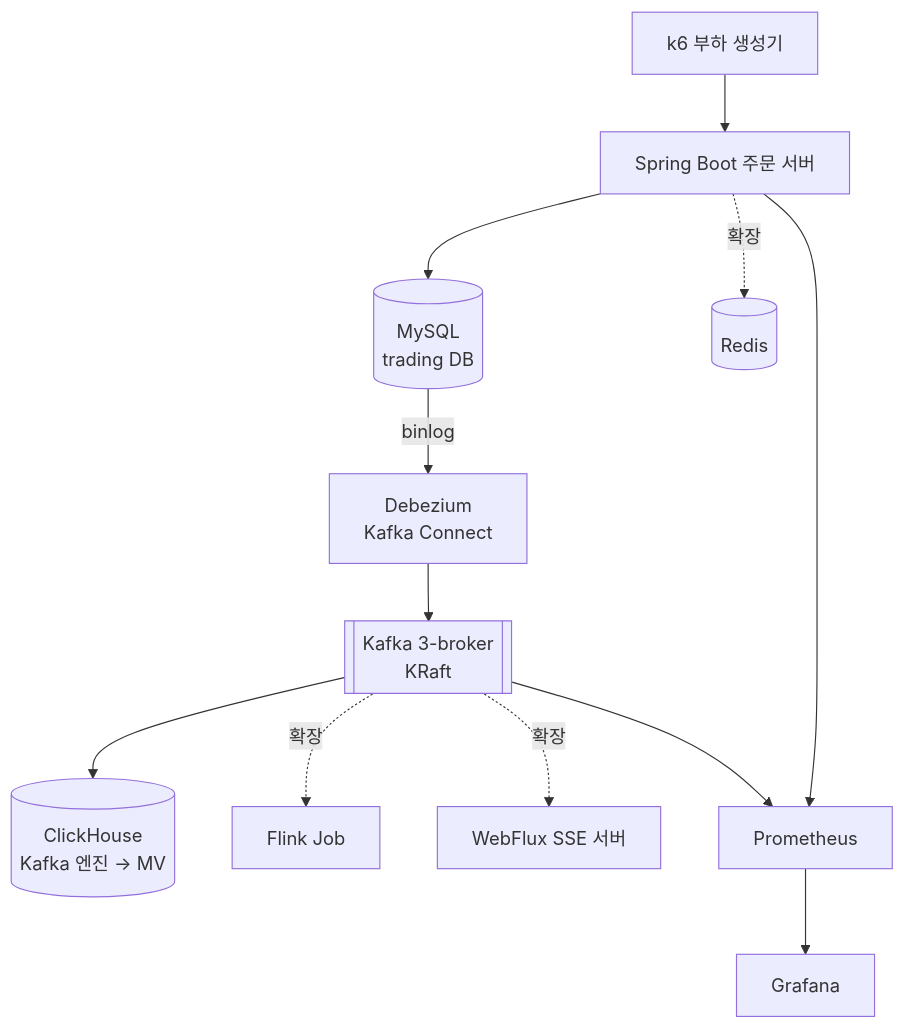
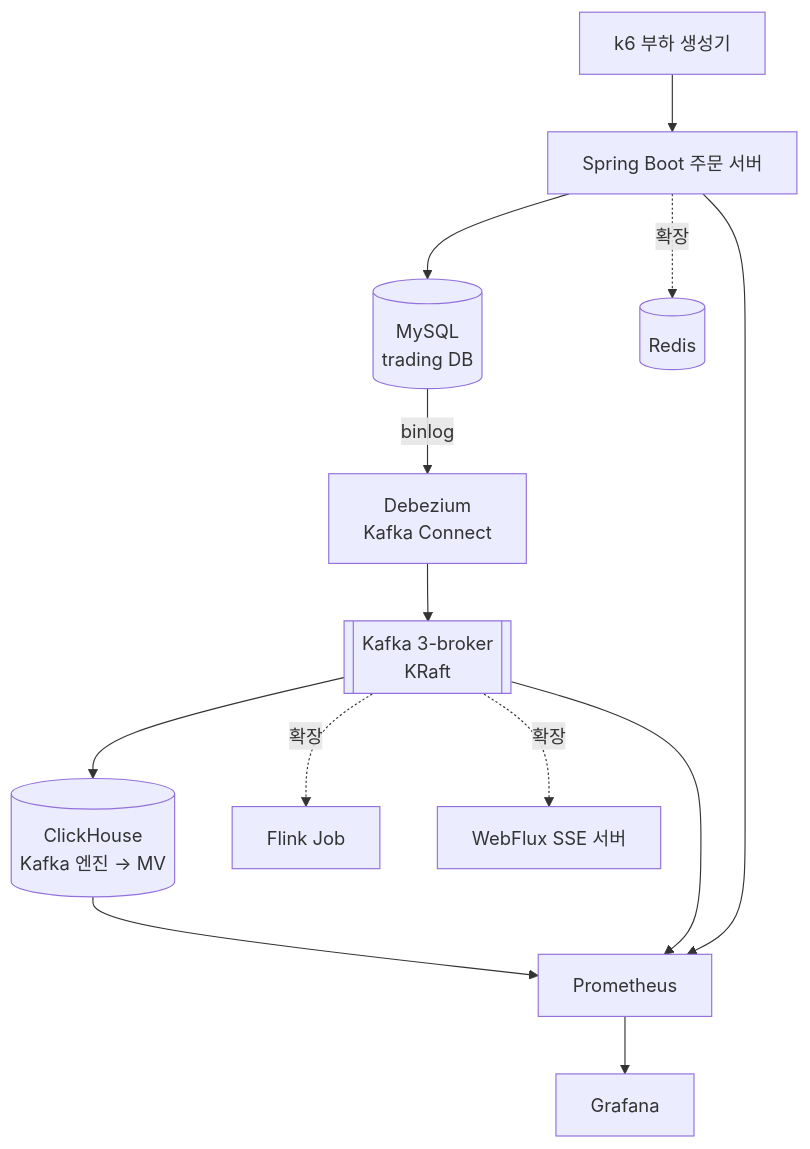
Before and after one commit to hayeon7898/mini-trading-platform: the diagram in docs/ARCHITECTURE.md, drawn with Mermaid. The commit also changed other lines of this file and 14 other files, not shown here.

````diff
--- a/docs/ARCHITECTURE.md
+++ b/docs/ARCHITECTURE.md
@@ -16,14 +15,15 @@
 ```mermaid
 flowchart TD
     K6[k6 부하 생성기] --> OS[Spring Boot 주문 서버]
     OS --> MY[(MySQL<br/>trading DB)]
     MY -- binlog --> DBZ[Debezium<br/>Kafka Connect]
     DBZ --> KF[[Kafka 3-broker<br/>KRaft]]
     KF --> CH[(ClickHouse<br/>Kafka 엔진 → MV)]
     KF -.확장.-> FL[Flink Job]
     KF -.확장.-> SSE[WebFlux SSE 서버]
     OS -.확장.-> RD[(Redis)]
     PR[Prometheus] --> GF[Grafana]
     KF --> PR
     OS --> PR
+    CH --> PR
 ```
````
